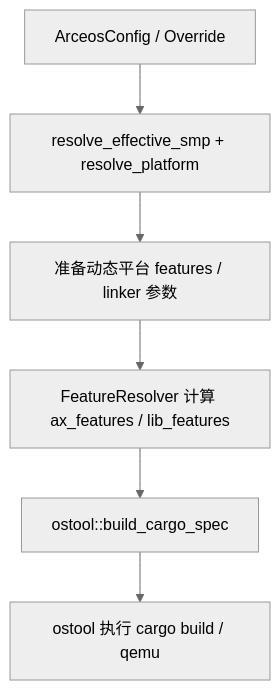
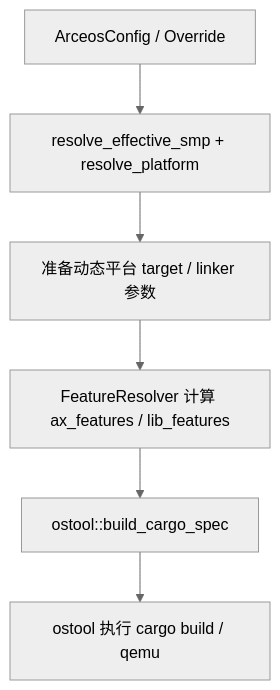
The first of 2 diagrams in docs/docs/components/crates/axbuild.md (rcore-os/tgoskits), drawn with Mermaid (neutral theme) before and after one commit. The commit also changed other lines of this file and 25 other files, not shown here.

````diff
--- a/docs/docs/components/crates/axbuild.md
+++ b/docs/docs/components/crates/axbuild.md
@@ -24,8 +24,8 @@
 ```mermaid
 flowchart TD
     A["ArceosConfig / Override"] --> B["resolve_effective_smp + resolve_platform"]
-    B --> C["准备动态平台 features / linker 参数"]
+    B --> C["准备动态平台 target / linker 参数"]
     C --> D["FeatureResolver 计算 ax_features / lib_features"]
     D --> E["ostool::build_cargo_spec"]
     E --> F["ostool 执行 cargo build / qemu"]
 ```
````
